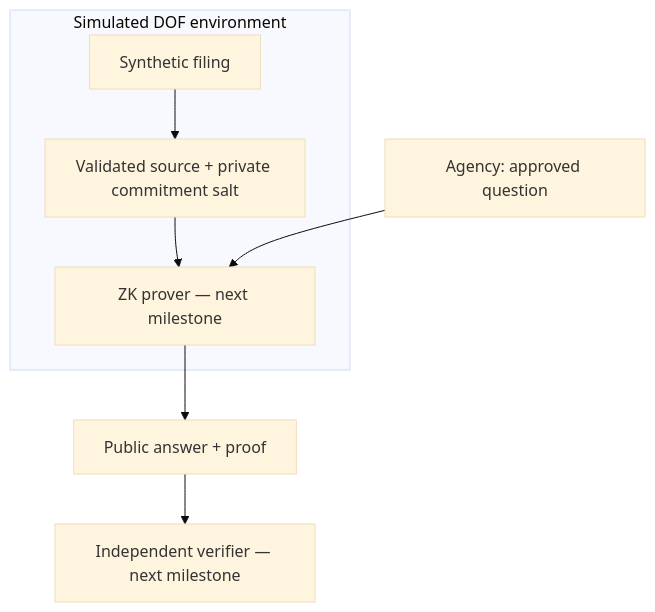
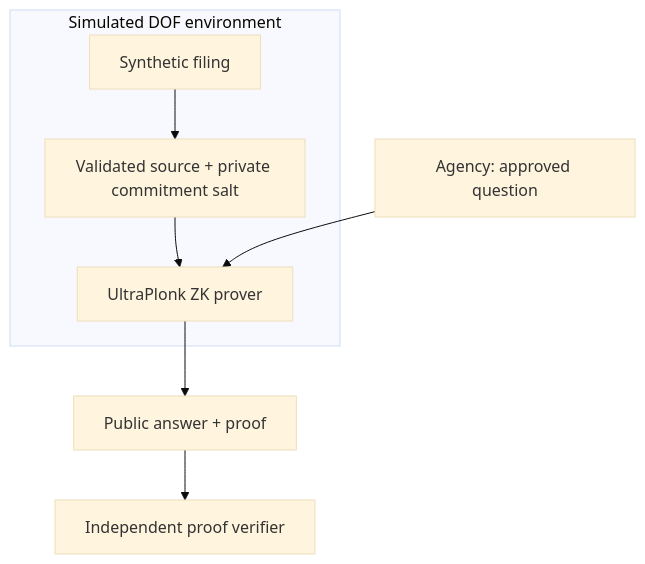
One commit to Redoudou/housingproof changed the diagram in README.md. Above: the diagram before and after it, drawn with Mermaid (base theme). The commit also changed other lines of this file and 41 other files, not shown here.

Commit message:
Build working synthetic RPIE proof MVP with UltraPlonk and independent verification

````diff
--- a/README.md
+++ b/README.md
@@ -74,10 +79,10 @@
 ```mermaid
 flowchart TD
     subgraph Custodian["Simulated DOF environment"]
         F["Synthetic filing"] --> C["Validated source + private commitment salt"]
-        C --> P["ZK prover — next milestone"]
+        C --> P["UltraPlonk ZK prover"]
     end
     A["Agency: approved question"] --> P
     P --> B["Public answer + proof"]
-    B --> V["Independent verifier — next milestone"]
+    B --> V["Independent proof verifier"]
 ```
````
